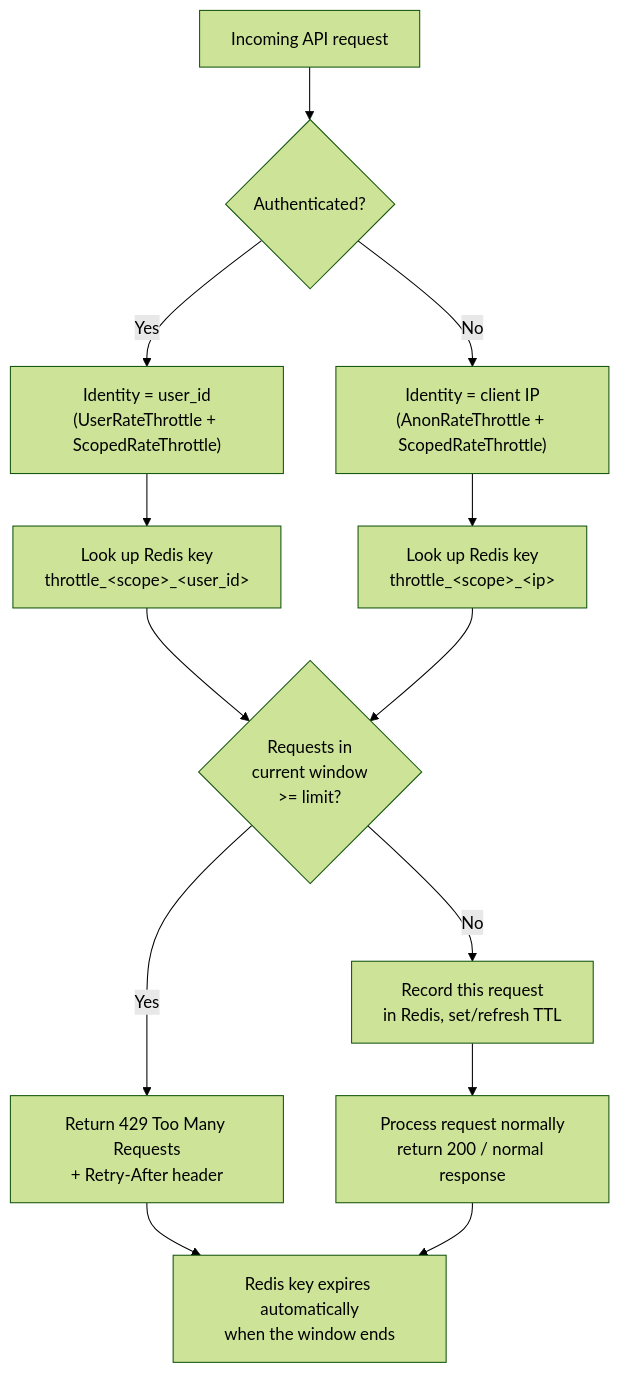
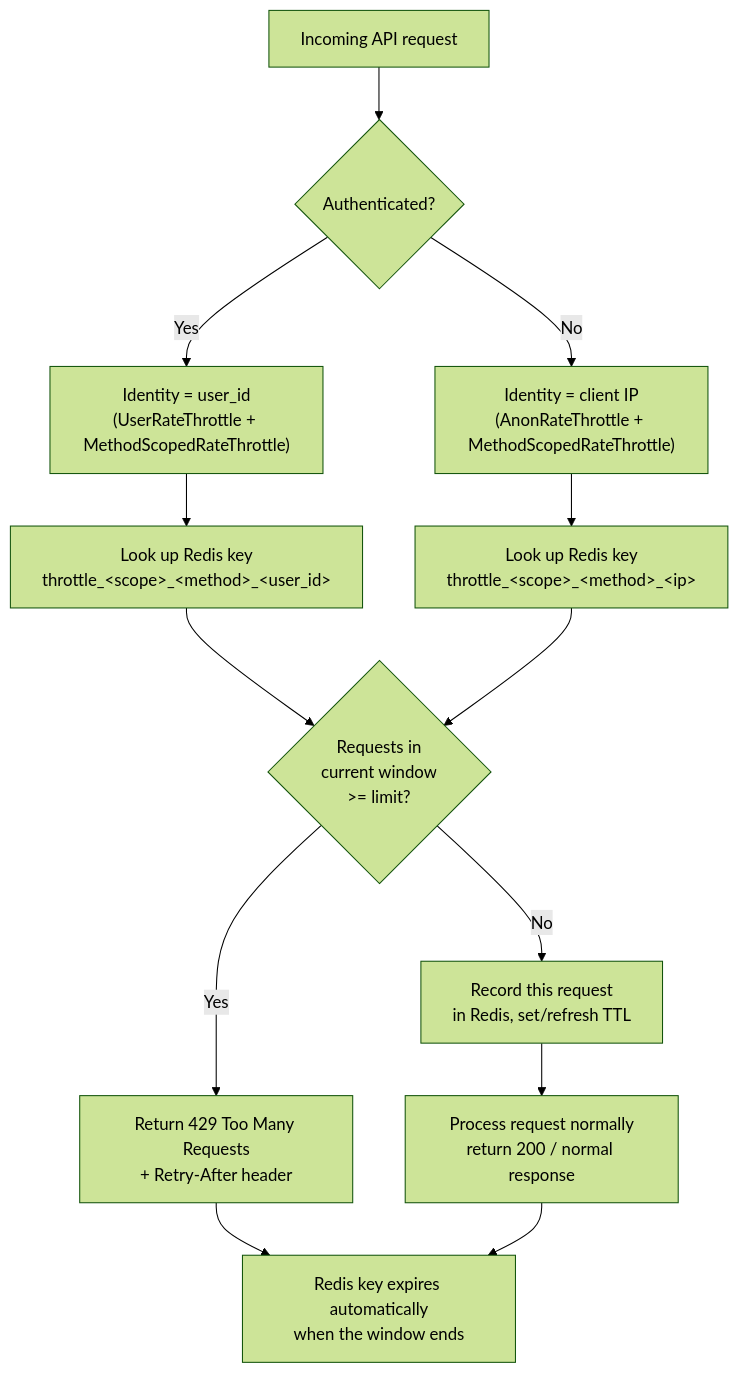
Before and after one commit to ZigmaSoftware/iwms-government-backend: the diagram in docs/rate_limiting.md, drawn with Mermaid (forest theme). The commit also changed other lines of this file and 2 other files, not shown here.

Commit message:
modify throttle rates

````diff
--- a/docs/rate_limiting.md
+++ b/docs/rate_limiting.md
@@ -178,19 +211,19 @@
 ```mermaid
 flowchart TD
     A[Incoming API request] --> B{Authenticated?}
-    B -- Yes --> C["Identity = user_id\n(UserRateThrottle + ScopedRateThrottle)"]
-    B -- No --> D["Identity = client IP\n(AnonRateThrottle + ScopedRateThrottle)"]
+    B -- Yes --> C["Identity = user_id\n(UserRateThrottle + MethodScopedRateThrottle)"]
+    B -- No --> D["Identity = client IP\n(AnonRateThrottle + MethodScopedRateThrottle)"]
 
-    C --> E[Look up Redis key\nthrottle_&lt;scope&gt;_&lt;user_id&gt;]
-    D --> F[Look up Redis key\nthrottle_&lt;scope&gt;_&lt;ip&gt;]
+    C --> E[Look up Redis key\nthrottle_&lt;scope&gt;_&lt;method&gt;_&lt;user_id&gt;]
+    D --> F[Look up Redis key\nthrottle_&lt;scope&gt;_&lt;method&gt;_&lt;ip&gt;]
 
     E --> G{Requests in\ncurrent window\n>= limit?}
     F --> G
 
     G -- Yes --> H[Return 429 Too Many Requests\n+ Retry-After header]
     G -- No --> I[Record this request\nin Redis, set/refresh TTL]
     I --> J[Process request normally\nreturn 200 / normal response]
 
     H --> K[Redis key expires automatically\nwhen the window ends]
     J --> K
 ```
````
